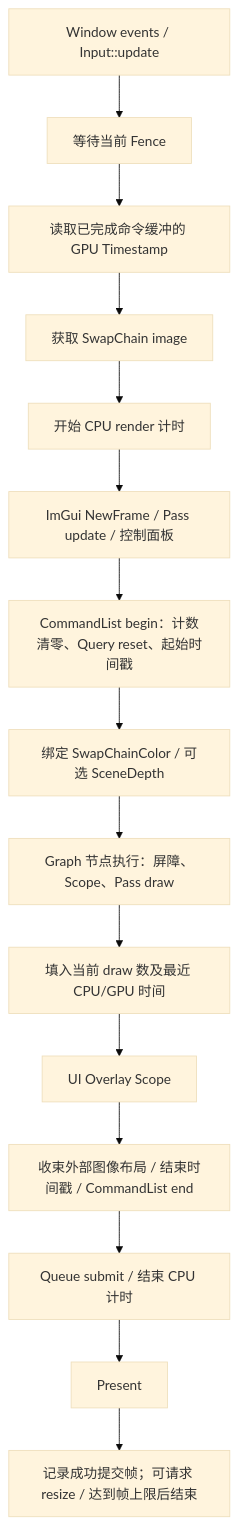
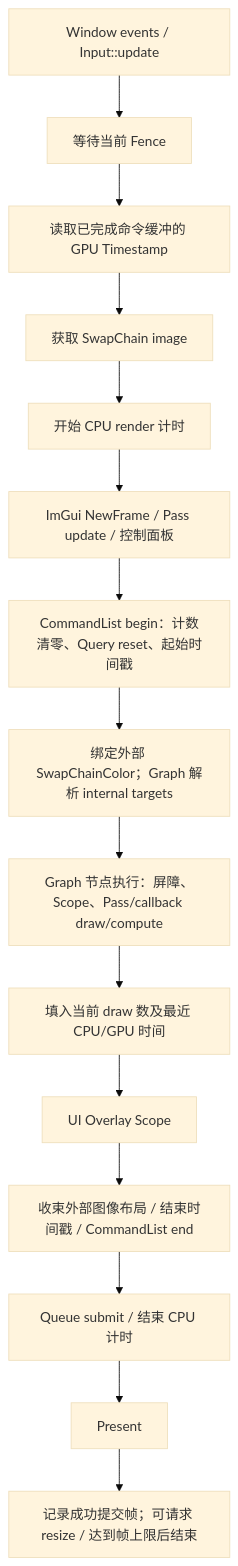
One commit to Cyberyb/KuEngine changed the diagram in docs/design/06-core-runtime.md. Above: the diagram before and after it, drawn with Mermaid (base theme). The commit also changed other lines of this file and 143 other files, not shown here.

````diff
--- a/docs/design/06-core-runtime.md
+++ b/docs/design/06-core-runtime.md
@@ -30,21 +29,21 @@
 ```mermaid
 flowchart TD
     Events["Window events / Input::update"]
     Wait["等待当前 Fence"]
     Query["读取已完成命令缓冲的 GPU Timestamp"]
     Acquire["获取 SwapChain image"]
     CPU["开始 CPU render 计时"]
     UI["ImGui NewFrame / Pass update / 控制面板"]
     Begin["CommandList begin：计数清零、Query reset、起始时间戳"]
-    Bind["绑定 SwapChainColor / 可选 SceneDepth"]
-    Graph["Graph 节点执行：屏障、Scope、Pass draw"]
+    Bind["绑定外部 SwapChainColor；Graph 解析 internal targets"]
+    Graph["Graph 节点执行：屏障、Scope、Pass/callback draw/compute"]
     Stats["填入当前 draw 数及最近 CPU/GPU 时间"]
     Overlay["UI Overlay Scope"]
     Final["收束外部图像布局 / 结束时间戳 / CommandList end"]
     Submit["Queue submit / 结束 CPU 计时"]
     Present["Present"]
     Decision["记录成功提交帧；可请求 resize / 达到帧上限后结束"]
     Events --> Wait --> Query --> Acquire --> CPU --> UI --> Begin
     Begin --> Bind --> Graph --> Stats --> Overlay --> Final --> Submit --> Present
     Present --> Decision
 ```
````
